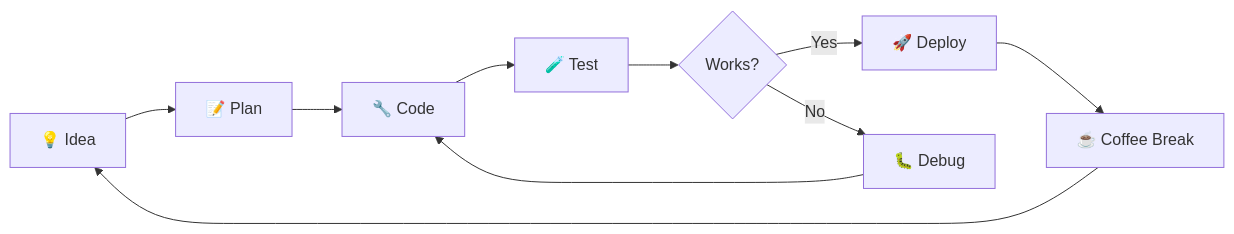
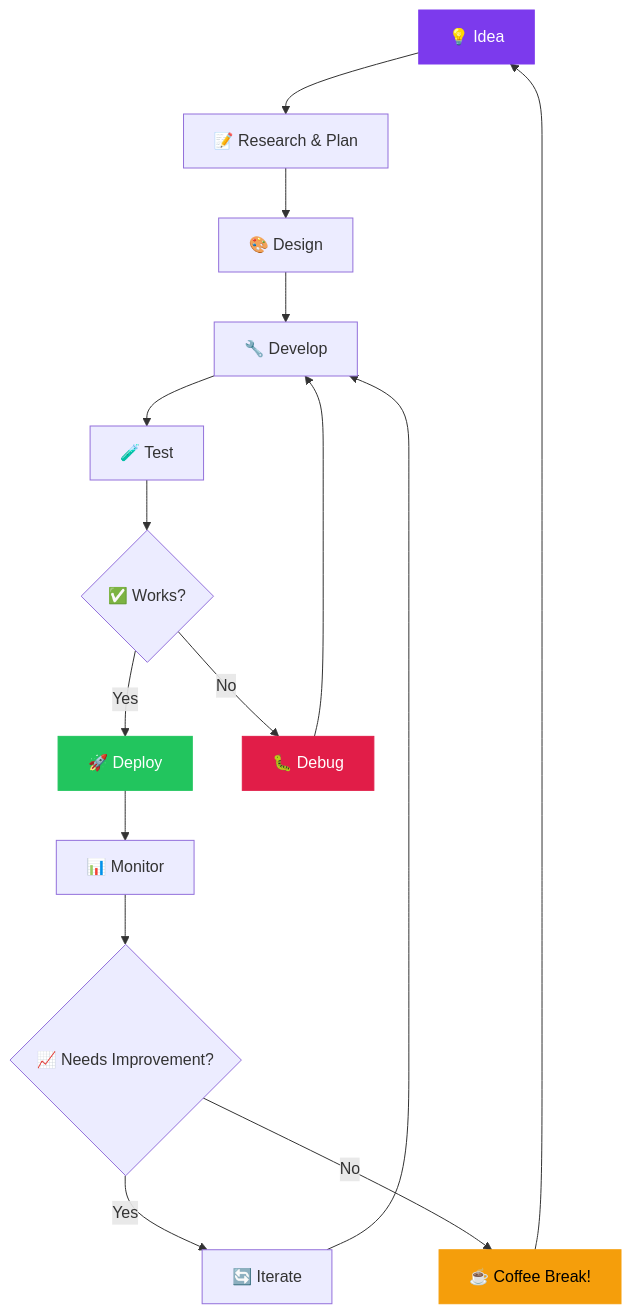
The diagram in README.md (brutal-45/brutal-45), drawn with Mermaid before and after one commit. The commit also changed other lines of this file, not shown here.

````diff
--- a/README.md
+++ b/README.md
@@ -255,12 +330,22 @@
 ```mermaid
-graph LR
-    A[💡 Idea] --> B[📝 Plan]
-    B --> C[🔧 Code]
-    C --> D[🧪 Test]
-    D --> E{Works?}
-    E -->|Yes| F[🚀 Deploy]
-    E -->|No| G[🐛 Debug]
-    G --> C
-    F --> H[☕ Coffee Break]
-    H --> A
+graph TB
+    A["💡 Idea"] --> B["📝 Research & Plan"]
+    B --> C["🎨 Design"]
+    C --> D["🔧 Develop"]
+    D --> E["🧪 Test"]
+    E --> F{"✅ Works?"}
+    F -->|"Yes"| G["🚀 Deploy"]
+    F -->|"No"| H["🐛 Debug"]
+    H --> D
+    G --> I["📊 Monitor"]
+    I --> J{"📈 Needs Improvement?"}
+    J -->|"Yes"| K["🔄 Iterate"]
+    K --> D
+    J -->|"No"| L["☕ Coffee Break!"]
+    L --> A
+
+    style A fill:#7c3aed,stroke:#7c3aed,color:#fff
+    style G fill:#22c55e,stroke:#22c55e,color:#fff
+    style H fill:#e11d48,stroke:#e11d48,color:#fff
+    style L fill:#f59e0b,stroke:#f59e0b,color:#000
 ```
````
